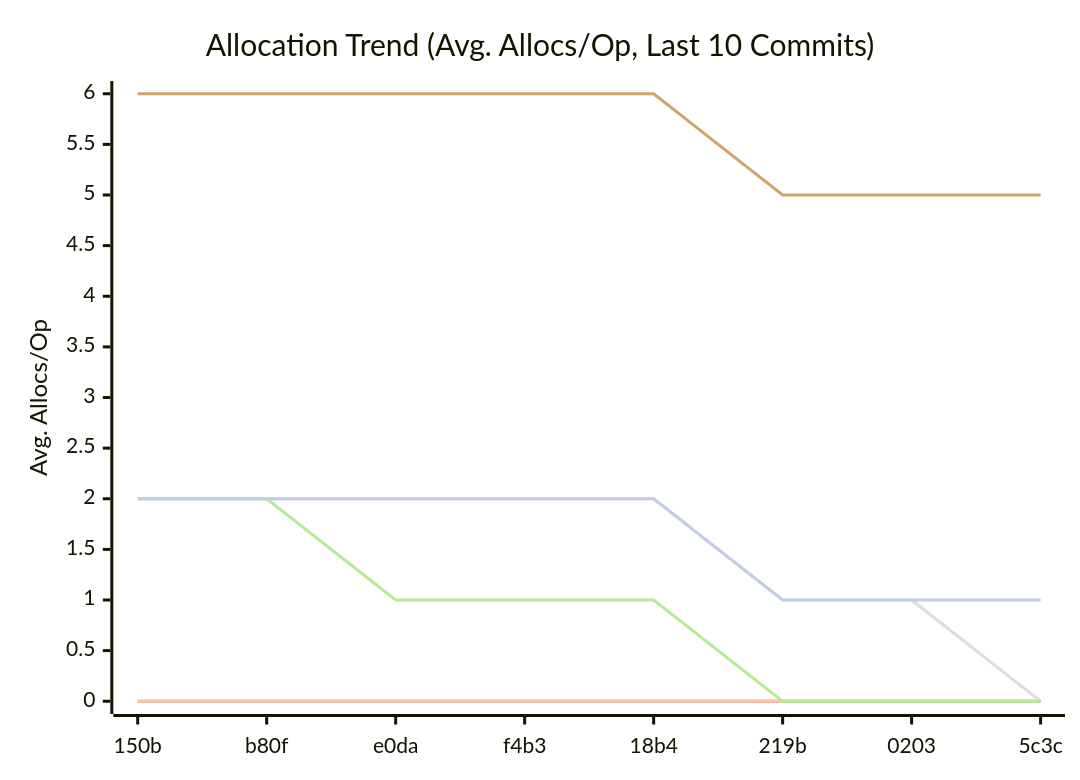
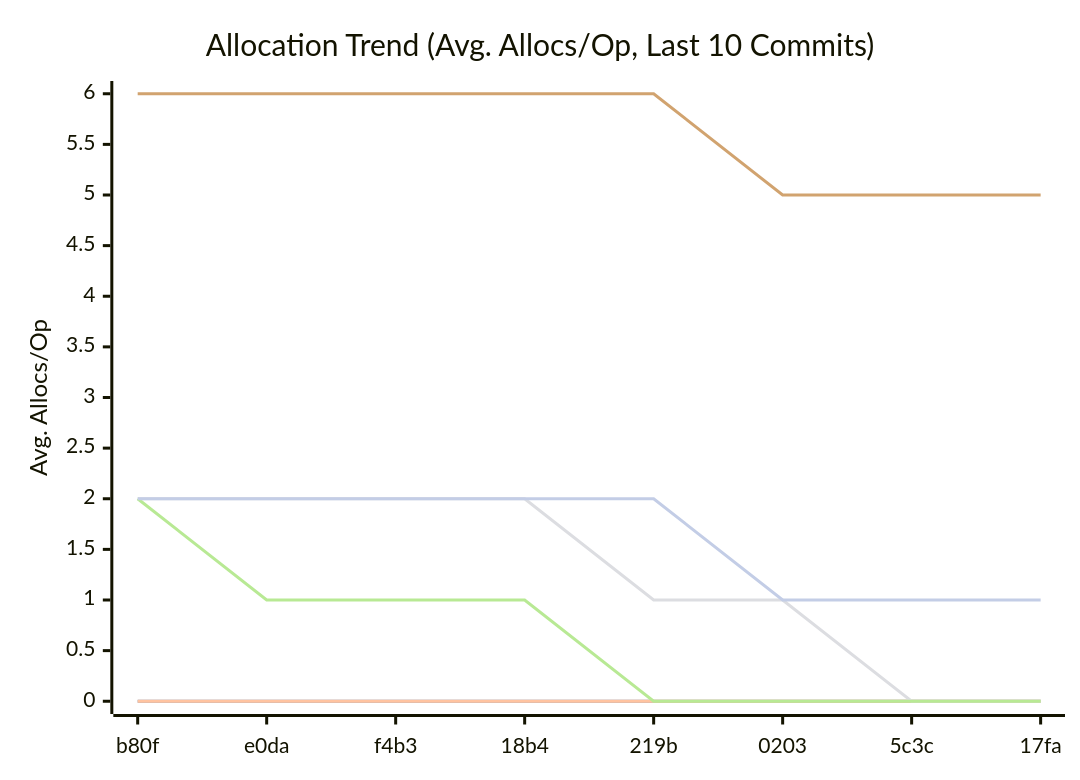
The third of 3 diagrams in docs/README.md (alsotoes/momo), drawn with Mermaid before and after one commit. The commit also changed other lines of this file and 1 other file, not shown here.

````diff
--- a/docs/README.md
+++ b/docs/README.md
@@ -217,14 +217,14 @@
 ```mermaid
 xychart-beta
     title "Allocation Trend (Avg. Allocs/Op, Last 10 Commits)"
     x-axis "Commit"
     y-axis "Avg. Allocs/Op"
-    x-axis [150b,b80f,e0da,f4b3,18b4,219b,0203,5c3c]
+    x-axis [b80f,e0da,f4b3,18b4,219b,0203,5c3c,17fa]
     line "CheckMetricsAndSwap" [0,0,0,0,0,0,0,0,0,0]
     line "IndexDirectTracking" [0,0,0,0,0,0,0,0,0,0]
     line "IndexSearch" [0,0,0,0,0,0,0,0,0,0]
-    line "LoadGlobalConfig" [2,2,2,2,2,1,1,0,0,0]
-    line "PadString" [2,2,1,1,1,0,0,0,0,0]
+    line "LoadGlobalConfig" [2,2,2,2,1,1,0,0,0,0]
+    line "PadString" [2,1,1,1,0,0,0,0,0,0]
     line "ParseReplicationOrder_NoPrealloc" [6,6,6,6,6,5,5,5,5,5]
     line "ParseReplicationOrder_Prealloc" [2,2,2,2,2,1,1,1,1,1]
 ```
````
